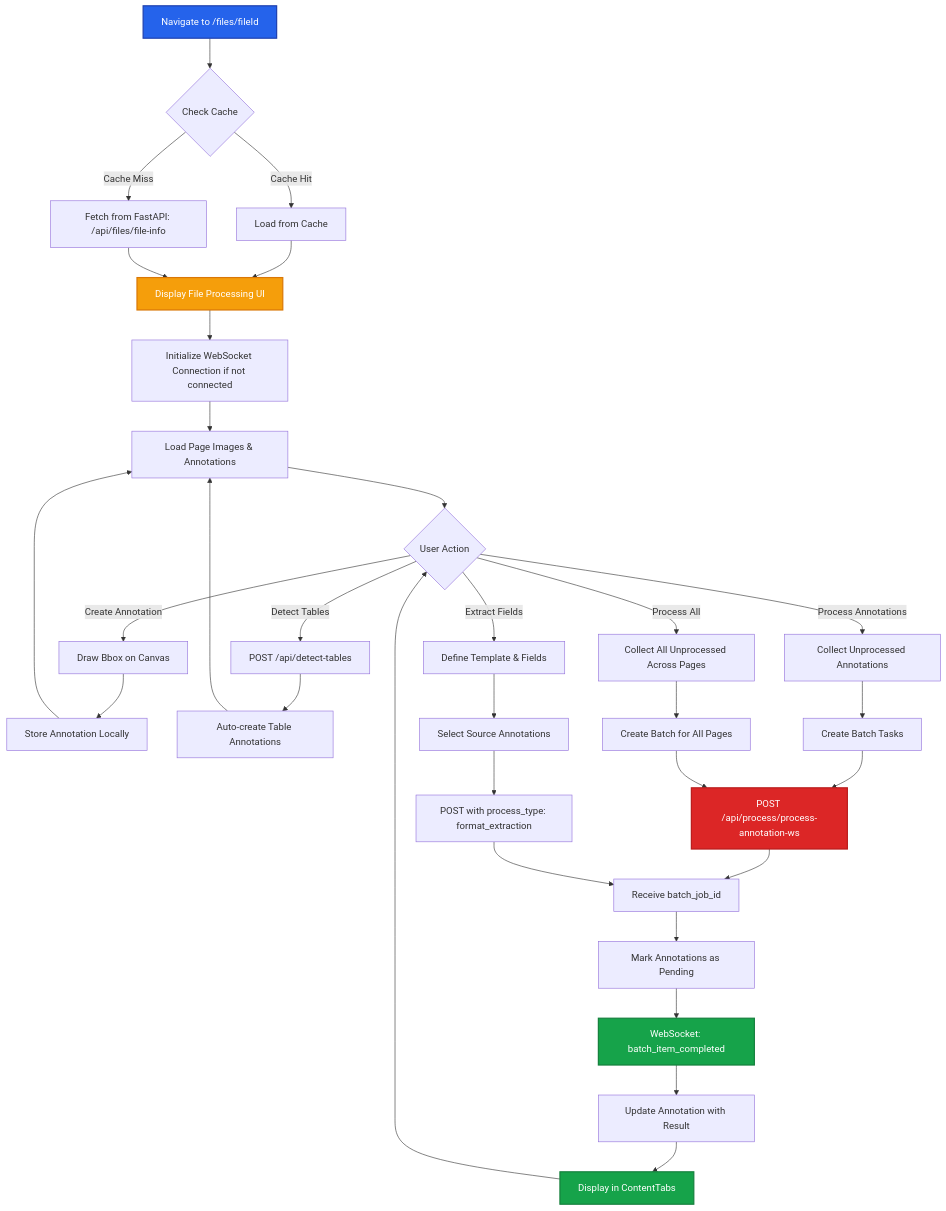
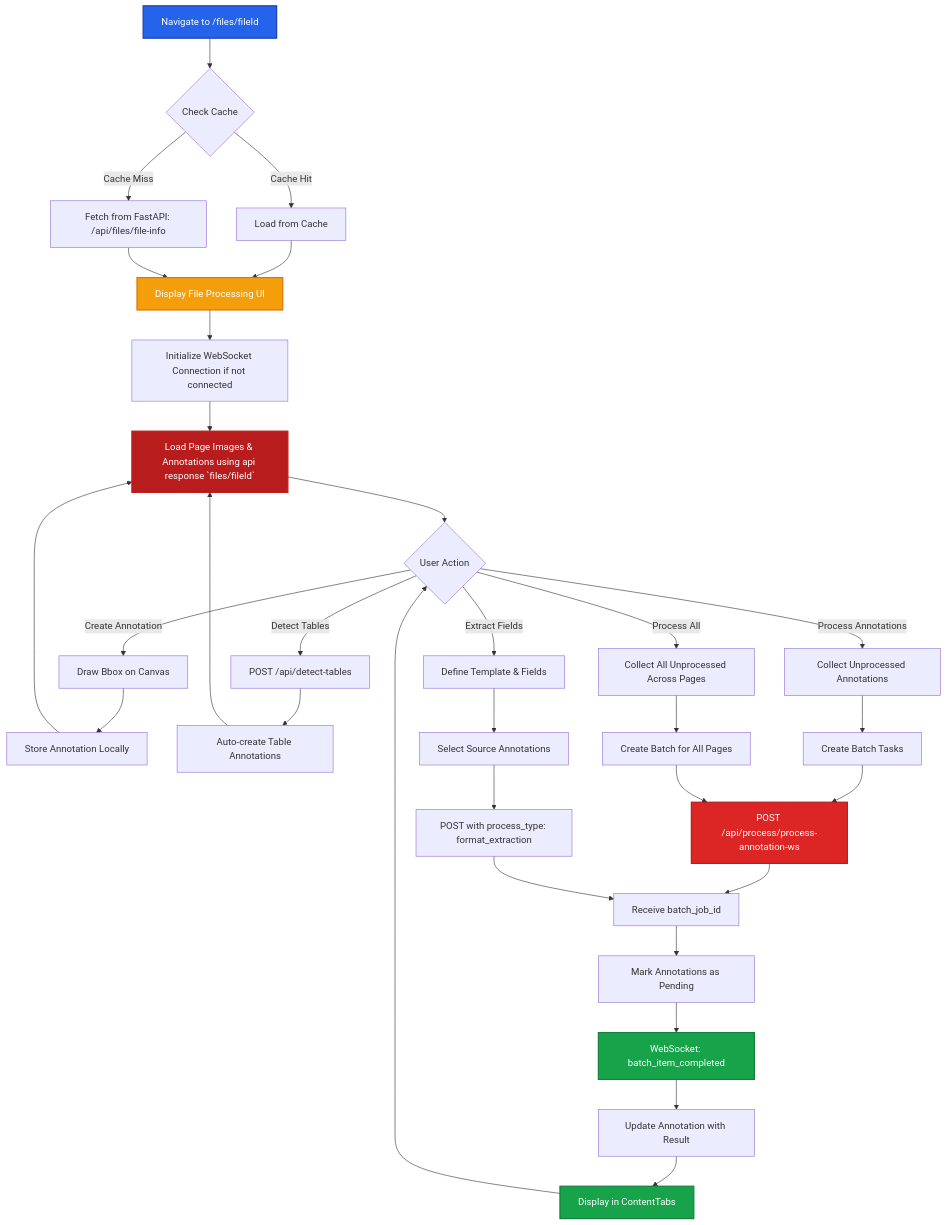
Before and after one commit to coffeeinc-in/adeos-fe-docs: the diagram in content/existing-flow/frontend-flow/file-processing.mdx, drawn with Mermaid. The commit also changed 1 other file, not shown here.

Commit message:
docs: update auth to use Laravel token verification instead of JWT

````diff
--- a/content/existing-flow/frontend-flow/file-processing.mdx
+++ b/content/existing-flow/frontend-flow/file-processing.mdx
@@ -11,49 +11,50 @@
 ```mermaid
 graph TD
     A[Navigate to /files/fileId] --> B{Check Cache}
     B -->|Cache Hit| C[Load from Cache]
     B -->|Cache Miss| D[Fetch from FastAPI: /api/files/file-info]
 
     C --> E[Display File Processing UI]
     D --> E
 
     E --> F[Initialize WebSocket Connection if not connected]
-    F --> G[Load Page Images & Annotations]
+    F --> G[Load Page Images & Annotations using api response `files/fileId`]
 
     G --> H{User Action}
 
     H -->|Create Annotation| I[Draw Bbox on Canvas]
     I --> J[Store Annotation Locally]
     J --> G
 
     H -->|Detect Tables| K[POST /api/detect-tables]
     K --> L[Auto-create Table Annotations]
     L --> G
 
     H -->|Process Annotations| M[Collect Unprocessed Annotations]
     M --> N[Create Batch Tasks]
     N --> O[POST /api/process/process-annotation-ws]
     O --> P[Receive batch_job_id]
     P --> Q[Mark Annotations as Pending]
 
     Q --> R[WebSocket: batch_item_completed]
     R --> S[Update Annotation with Result]
     S --> T[Display in ContentTabs]
 
     H -->|Process All| U[Collect All Unprocessed Across Pages]
     U --> V[Create Batch for All Pages]
     V --> O
 
     H -->|Extract Fields| W[Define Template & Fields]
     W --> X[Select Source Annotations]
     X --> Y[POST with process_type: format_extraction]
     Y --> P
 
     T --> H
 
     style A fill:#2563eb,stroke:#1e40af,stroke-width:2px,color:#fff
     style E fill:#f59e0b,stroke:#d97706,stroke-width:2px,color:#fff
     style O fill:#dc2626,stroke:#b91c1c,stroke-width:2px,color:#fff
     style R fill:#16a34a,stroke:#15803d,stroke-width:2px,color:#fff
     style T fill:#16a34a,stroke:#15803d,stroke-width:2px,color:#fff
+    style G fill:#b91c1c,stroke:#b91c1c,stroke-width:2px,color:#fff
 ```
````
